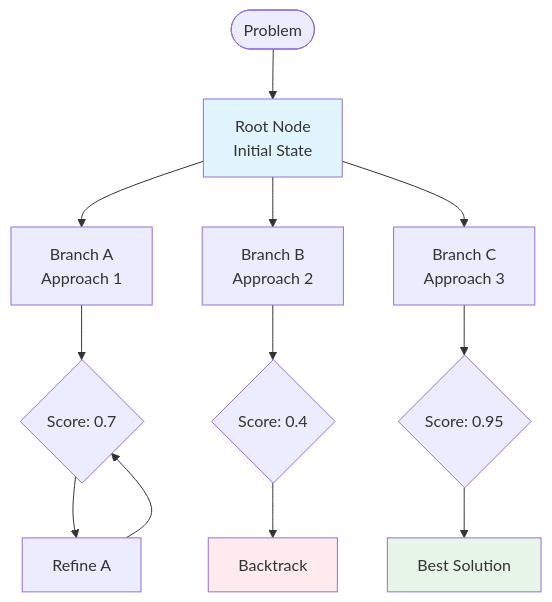
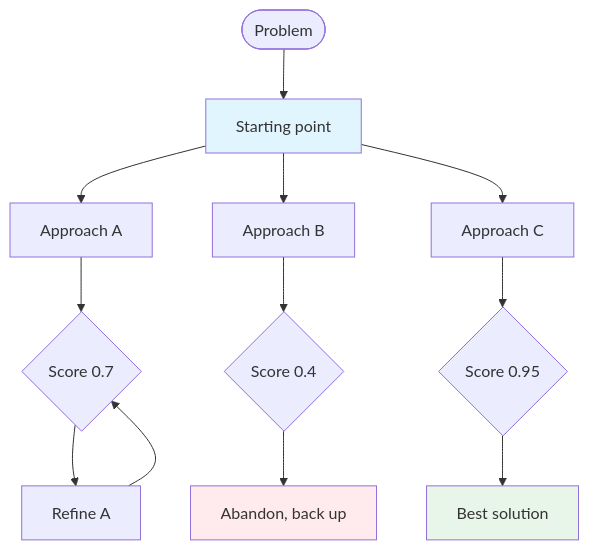
The third of 5 diagrams in src/data/blog/agentic-ai/agentic-ai-design-patterns-part-1.md (gopikrishtummala/gopikrishtummala.github.io), drawn with Mermaid before and after one commit. The commit also changed other lines of this file and 8 other files, not shown here.

````diff
--- a/src/data/blog/agentic-ai/agentic-ai-design-patterns-part-1.md
+++ b/src/data/blog/agentic-ai/agentic-ai-design-patterns-part-1.md
@@ -399,21 +87,17 @@
 ```mermaid
 flowchart TD
-    Start([Problem]) --> Root[Root Node<br/>Initial State]
-    Root --> Branch1[Branch A<br/>Approach 1]
-    Root --> Branch2[Branch B<br/>Approach 2]
-    Root --> Branch3[Branch C<br/>Approach 3]
-    
-    Branch1 --> Score1{Score: 0.7}
-    Branch2 --> Score2{Score: 0.4}
-    Branch3 --> Score3{Score: 0.95}
-    
-    Score1 --> Refine1[Refine A]
-    Score2 --> Backtrack[Backtrack]
-    Score3 --> Best[Best Solution]
-    
-    Refine1 --> Score1
-    
-    style Root fill:#e1f5ff
-    style Best fill:#e8f5e9
-    style Backtrack fill:#ffebee
+  Start(["Problem"]) --> Root["Starting point"]
+  Root --> B1["Approach A"]
+  Root --> B2["Approach B"]
+  Root --> B3["Approach C"]
+  B1 --> S1{"Score 0.7"}
+  B2 --> S2{"Score 0.4"}
+  B3 --> S3{"Score 0.95"}
+  S1 --> R1["Refine A"]
+  S2 --> BT["Abandon, back up"]
+  S3 --> Best["Best solution"]
+  R1 --> S1
+  style Root fill:#e1f5ff
+  style Best fill:#e8f5e9
+  style BT fill:#ffebee
 ```
````
